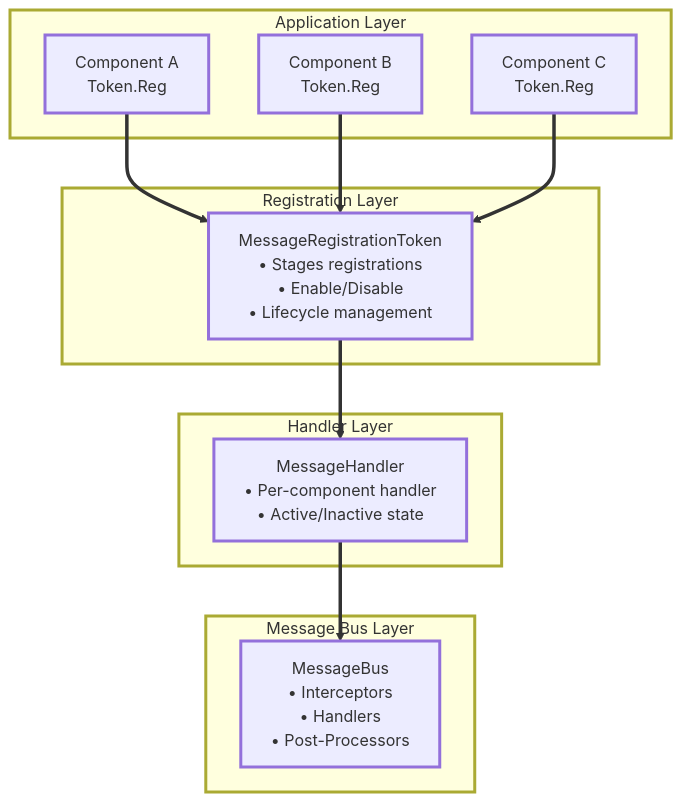
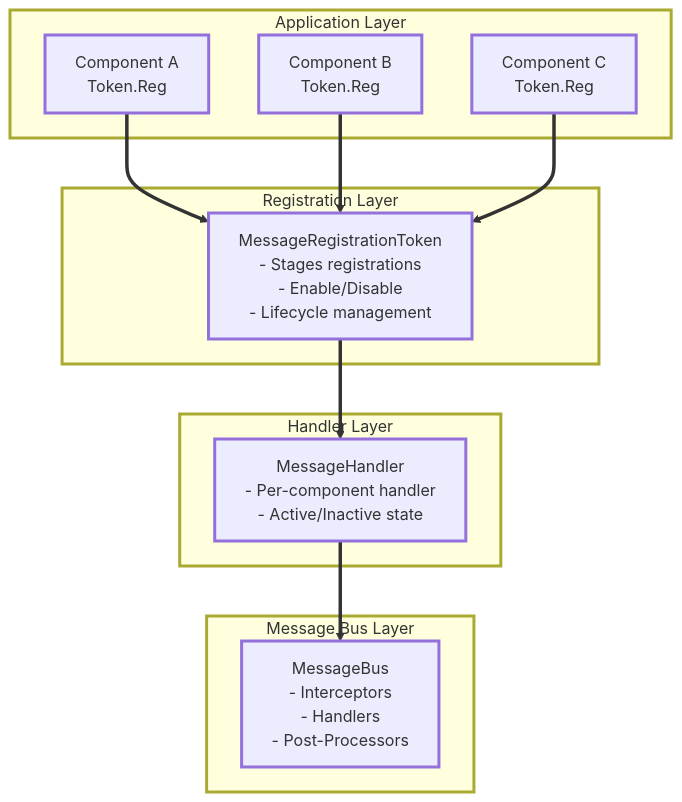
Before and after one commit to wallstop/DxMessaging: the diagram in docs/architecture/design-and-architecture.md, drawn with Mermaid. The commit also changed other lines of this file and 177 other files, not shown here.

````diff
--- a/docs/architecture/design-and-architecture.md
+++ b/docs/architecture/design-and-architecture.md
@@ -52,35 +52,35 @@
 ```mermaid
 flowchart TB
     subgraph App["Application Layer"]
         CompA[Component A<br/>Token.Reg]
         CompB[Component B<br/>Token.Reg]
         CompC[Component C<br/>Token.Reg]
     end
 
     subgraph Token["Registration Layer"]
-        MRT[MessageRegistrationToken<br/>• Stages registrations<br/>• Enable/Disable<br/>• Lifecycle management]
+        MRT[MessageRegistrationToken<br/>- Stages registrations<br/>- Enable/Disable<br/>- Lifecycle management]
     end
 
     subgraph Handler["Handler Layer"]
-        MH[MessageHandler<br/>• Per-component handler<br/>• Active/Inactive state]
+        MH[MessageHandler<br/>- Per-component handler<br/>- Active/Inactive state]
     end
 
     subgraph Bus["Message Bus Layer"]
-        MB[MessageBus<br/>• Interceptors<br/>• Handlers<br/>• Post-Processors]
+        MB[MessageBus<br/>- Interceptors<br/>- Handlers<br/>- Post-Processors]
     end
 
     CompA ==> MRT
     CompB ==> MRT
     CompC ==> MRT
     MRT ==> MH
     MH ==> MB
 
     classDef primary stroke-width:3px
     class App,CompA,CompB,CompC primary
     classDef warning stroke-width:3px
     class Token,MRT warning
     classDef accent stroke-width:3px
     class Handler,MH accent
     classDef success stroke-width:3px
     class Bus,MB success
 ```
````
